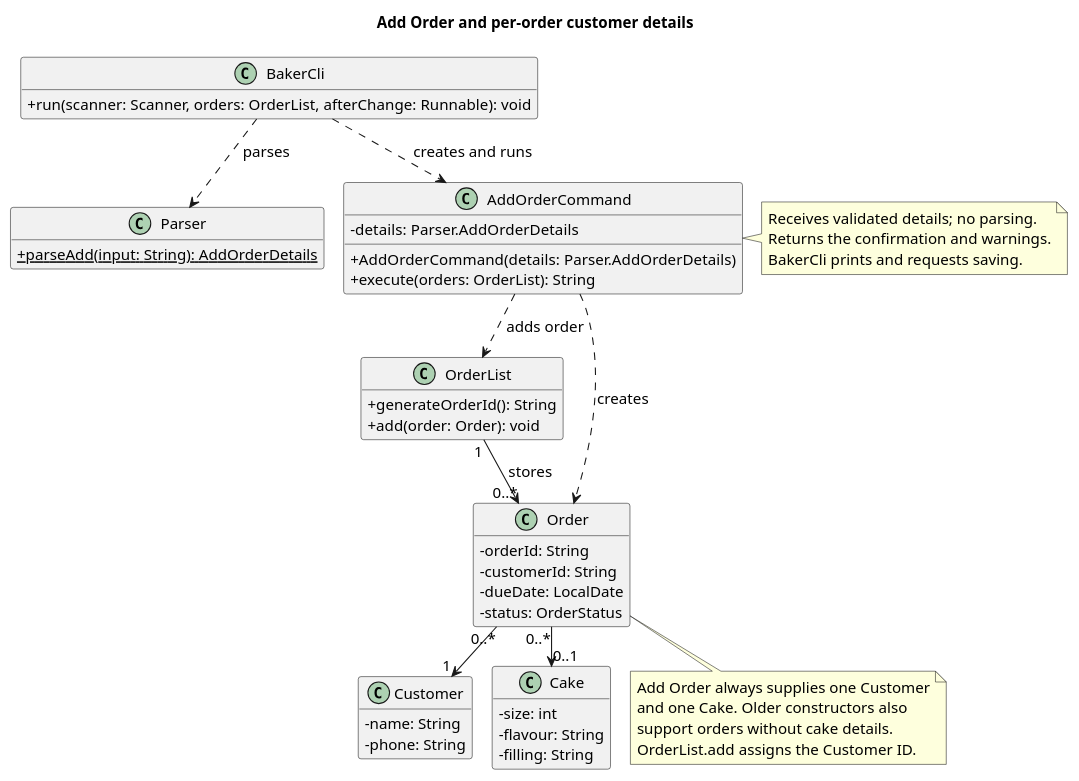
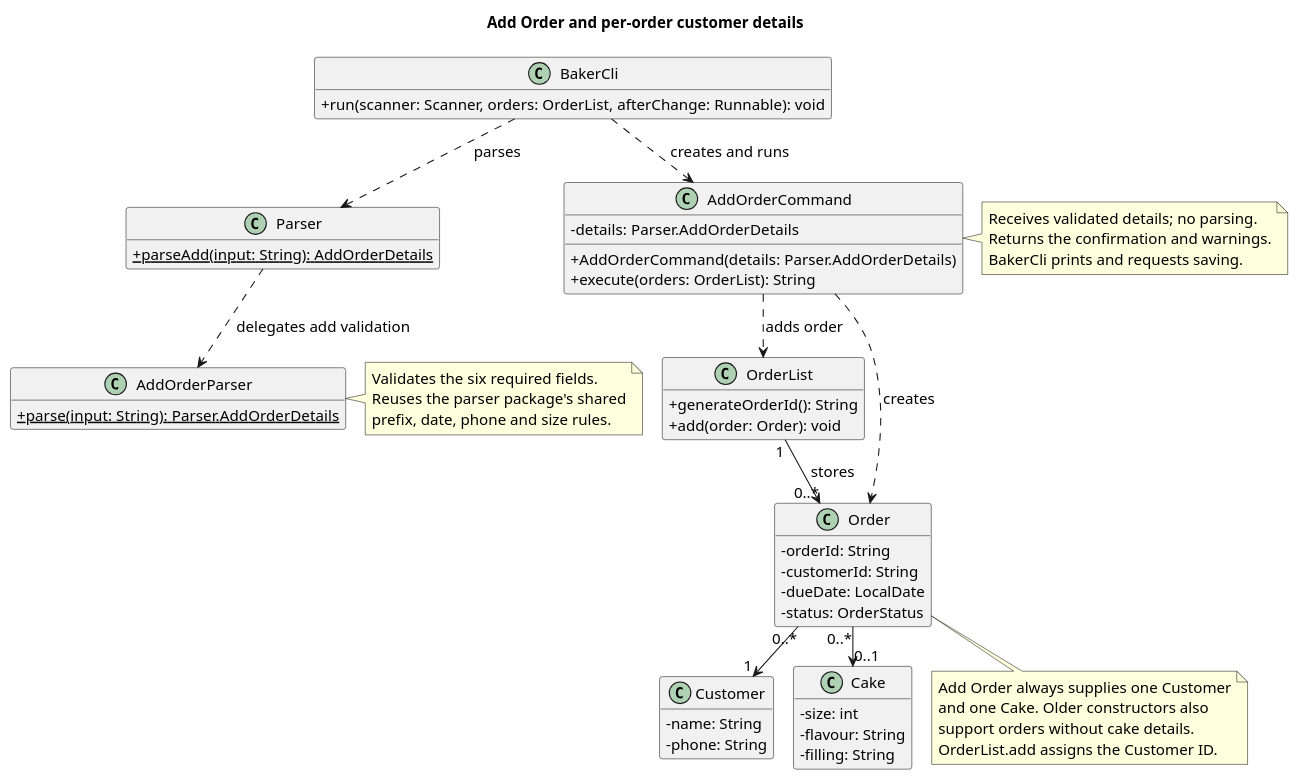
Before and after one commit to AY2627S1-CS2113-W12-1/tp: the diagram in docs/diagrams/add-order-class.puml, drawn with PlantUML. The commit also changed 8 other files, not shown here.

First line of the commit message:
Extract AddOrderParser

```diff
--- a/docs/diagrams/add-order-class.puml
+++ b/docs/diagrams/add-order-class.puml
@@ -1,62 +1,72 @@
 @startuml
 ' Author: Eethanzyj
 !pragma layout smetana
 title Add Order and per-order customer details
 skinparam backgroundColor white
 skinparam defaultFontName SansSerif
 skinparam defaultFontSize 14
 skinparam classAttributeIconSize 0
 hide empty members
 
 class BakerCli {
   + run(scanner: Scanner, orders: OrderList, afterChange: Runnable): void
 }
 class Parser {
   {static} + parseAdd(input: String): AddOrderDetails
+}
+class AddOrderParser {
+  {static} + parse(input: String): Parser.AddOrderDetails
 }
 class OrderList {
   + generateOrderId(): String
   + add(order: Order): void
 }
 class AddOrderCommand {
   - details: Parser.AddOrderDetails
   + AddOrderCommand(details: Parser.AddOrderDetails)
   + execute(orders: OrderList): String
 }
 class Order {
   - orderId: String
   - customerId: String
   - dueDate: LocalDate
   - status: OrderStatus
 }
 class Customer {
   - name: String
   - phone: String
 }
 class Cake {
   - size: int
   - flavour: String
   - filling: String
 }
 
 BakerCli ..> Parser : parses
+Parser ..> AddOrderParser : delegates add validation
 BakerCli ..> AddOrderCommand : creates and runs
 AddOrderCommand ..> OrderList : adds order
 AddOrderCommand ..> Order : creates
 OrderList "1" --> "0..*" Order : stores
 Order "0..*" --> "1" Customer
 Order "0..*" --> "0..1" Cake
 
 note bottom of Order
   Add Order always supplies one Customer
   and one Cake. Older constructors also
   support orders without cake details.
   OrderList.add assigns the Customer ID.
 end note
 
 note right of AddOrderCommand
   Receives validated details; no parsing.
   Returns the confirmation and warnings.
   BakerCli prints and requests saving.
 end note
+
+note right of AddOrderParser
+  Validates the six required fields.
+  Reuses the parser package's shared
+  prefix, date, phone and size rules.
+end note
 @enduml
```
